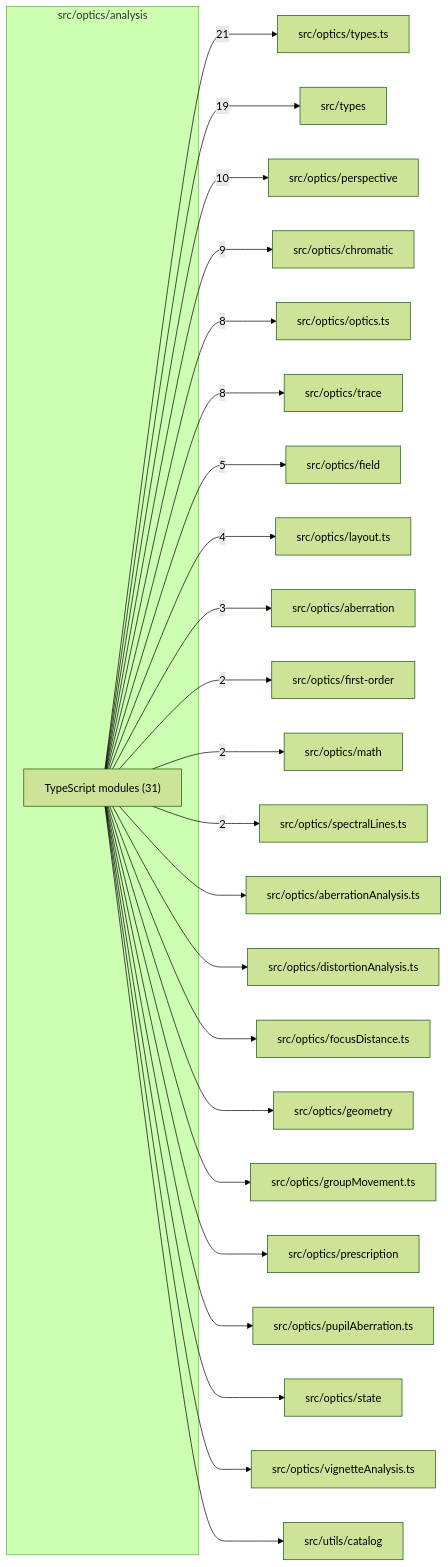
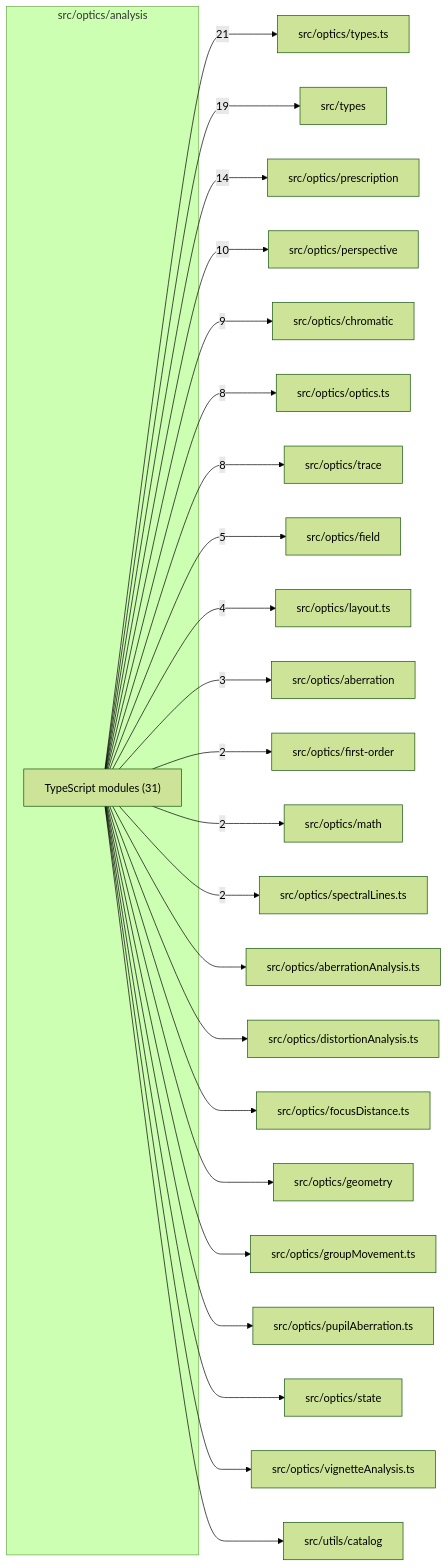
Before and after one commit to BeamFour/LensVisualizer: the diagram in src/optics/analysis/readme.md, drawn with Mermaid (forest theme). The commit also changed other lines of this file and 56 other files, not shown here.

````diff
--- a/src/optics/analysis/readme.md
+++ b/src/optics/analysis/readme.md
@@ -9,50 +9,50 @@
 ```mermaid
 flowchart LR
   subgraph n_src_optics_analysis["src/optics/analysis"]
     n_src_optics_analysis_TypeScript_modules["TypeScript modules (31)"]
   end
   n_external_src_optics_types_ts["src/optics/types.ts"]
   n_external_src_types["src/types"]
+  n_external_src_optics_prescription["src/optics/prescription"]
   n_external_src_optics_perspective["src/optics/perspective"]
   n_external_src_optics_chromatic["src/optics/chromatic"]
   n_external_src_optics_optics_ts["src/optics/optics.ts"]
   n_external_src_optics_trace["src/optics/trace"]
   n_external_src_optics_field["src/optics/field"]
   n_external_src_optics_layout_ts["src/optics/layout.ts"]
   n_external_src_optics_aberration["src/optics/aberration"]
   n_external_src_optics_first_order["src/optics/first-order"]
   n_external_src_optics_math["src/optics/math"]
   n_external_src_optics_spectralLines_ts["src/optics/spectralLines.ts"]
   n_external_src_optics_aberrationAnalysis_ts["src/optics/aberrationAnalysis.ts"]
   n_external_src_optics_distortionAnalysis_ts["src/optics/distortionAnalysis.ts"]
   n_external_src_optics_focusDistance_ts["src/optics/focusDistance.ts"]
   n_external_src_optics_geometry["src/optics/geometry"]
   n_external_src_optics_groupMovement_ts["src/optics/groupMovement.ts"]
-  n_external_src_optics_prescription["src/optics/prescription"]
   n_external_src_optics_pupilAberration_ts["src/optics/pupilAberration.ts"]
   n_external_src_optics_state["src/optics/state"]
   n_external_src_optics_vignetteAnalysis_ts["src/optics/vignetteAnalysis.ts"]
   n_external_src_utils_catalog["src/utils/catalog"]
   n_src_optics_analysis_TypeScript_modules --> |21| n_external_src_optics_types_ts
   n_src_optics_analysis_TypeScript_modules --> |19| n_external_src_types
+  n_src_optics_analysis_TypeScript_modules --> |14| n_external_src_optics_prescription
   n_src_optics_analysis_TypeScript_modules --> |10| n_external_src_optics_perspective
   n_src_optics_analysis_TypeScript_modules --> |9| n_external_src_optics_chromatic
   n_src_optics_analysis_TypeScript_modules --> |8| n_external_src_optics_optics_ts
   n_src_optics_analysis_TypeScript_modules --> |8| n_external_src_optics_trace
   n_src_optics_analysis_TypeScript_modules --> |5| n_external_src_optics_field
   n_src_optics_analysis_TypeScript_modules --> |4| n_external_src_optics_layout_ts
   n_src_optics_analysis_TypeScript_modules --> |3| n_external_src_optics_aberration
   n_src_optics_analysis_TypeScript_modules --> |2| n_external_src_optics_first_order
   n_src_optics_analysis_TypeScript_modules --> |2| n_external_src_optics_math
   n_src_optics_analysis_TypeScript_modules --> |2| n_external_src_optics_spectralLines_ts
   n_src_optics_analysis_TypeScript_modules --> n_external_src_optics_aberrationAnalysis_ts
   n_src_optics_analysis_TypeScript_modules --> n_external_src_optics_distortionAnalysis_ts
   n_src_optics_analysis_TypeScript_modules --> n_external_src_optics_focusDistance_ts
   n_src_optics_analysis_TypeScript_modules --> n_external_src_optics_geometry
   n_src_optics_analysis_TypeScript_modules --> n_external_src_optics_groupMovement_ts
-  n_src_optics_analysis_TypeScript_modules --> n_external_src_optics_prescription
   n_src_optics_analysis_TypeScript_modules --> n_external_src_optics_pupilAberration_ts
   n_src_optics_analysis_TypeScript_modules --> n_external_src_optics_state
   n_src_optics_analysis_TypeScript_modules --> n_external_src_optics_vignetteAnalysis_ts
   n_src_optics_analysis_TypeScript_modules --> n_external_src_utils_catalog
 ```
````
